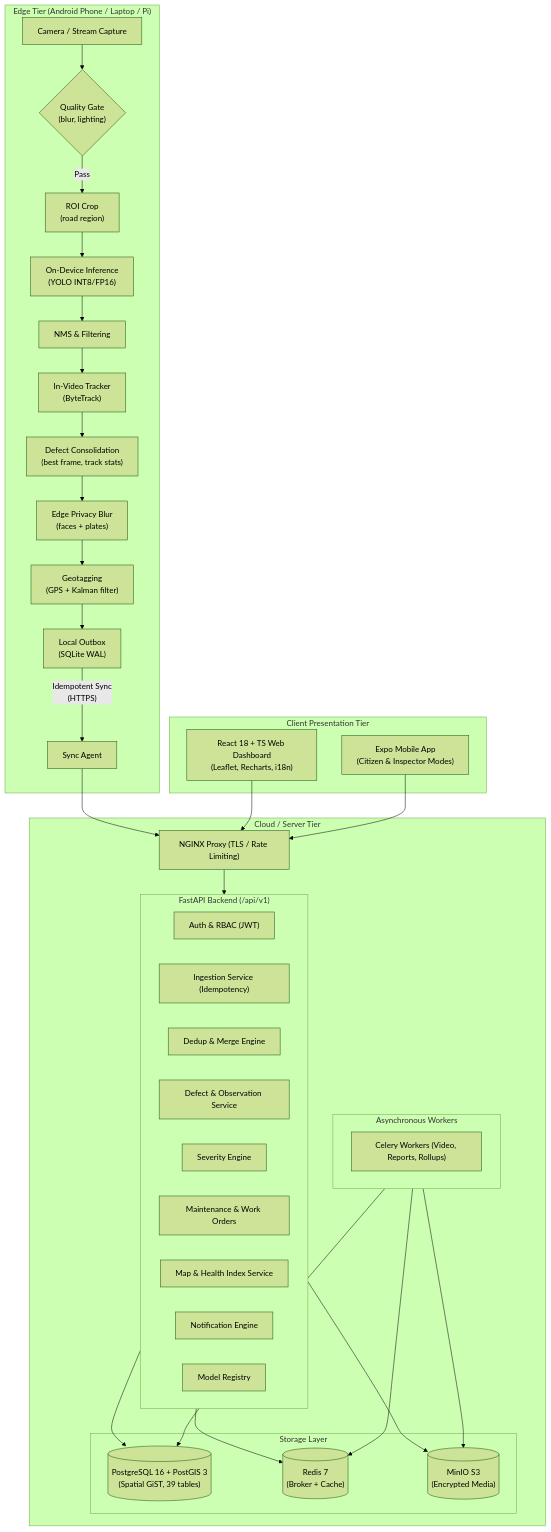
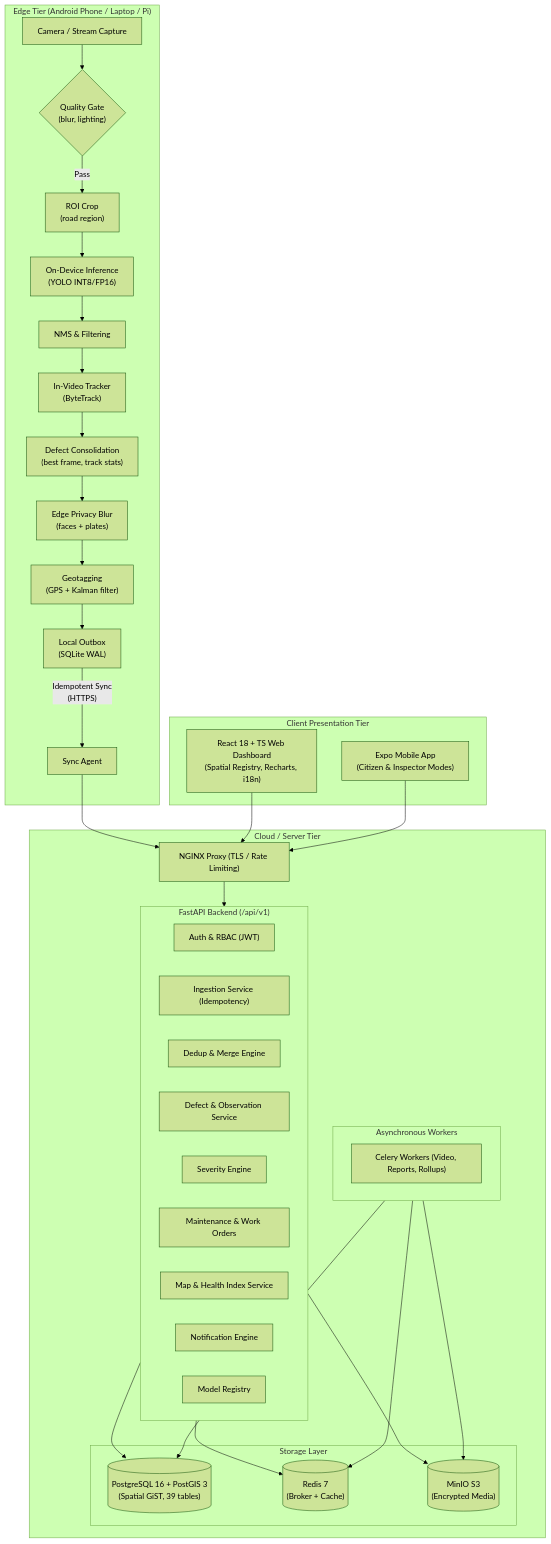
Before and after one commit to Priya-Ranjan-0201/potholes: the diagram in docs/ARCHITECTURE.md, drawn with Mermaid (forest theme). The commit also changed other lines of this file and 44 other files, not shown here.

````diff
--- a/docs/ARCHITECTURE.md
+++ b/docs/ARCHITECTURE.md
@@ -20,57 +20,57 @@
 ```mermaid
 flowchart TD
     subgraph EdgeDevices["Edge Tier (Android Phone / Laptop / Pi)"]
         CAP["Camera / Stream Capture"] --> QG{"Quality Gate\n(blur, lighting)"}
         QG -->|Pass| ROI["ROI Crop\n(road region)"]
         ROI --> INF["On-Device Inference\n(YOLO INT8/FP16)"]
         INF --> NMS["NMS & Filtering"]
         NMS --> TRACK["In-Video Tracker\n(ByteTrack)"]
         TRACK --> CONSOL["Defect Consolidation\n(best frame, track stats)"]
         CONSOL --> PRIV["Edge Privacy Blur\n(faces + plates)"]
         PRIV --> TAG["Geotagging\n(GPS + Kalman filter)"]
         TAG --> OUTBOX["Local Outbox\n(SQLite WAL)"]
         OUTBOX -->|"Idempotent Sync\n(HTTPS)"| SYNC["Sync Agent"]
     end
 
     subgraph BackendTier["Cloud / Server Tier"]
         LB["NGINX Proxy (TLS / Rate Limiting)"]
         
         subgraph FastAPIApp["FastAPI Backend (/api/v1)"]
             AUTH["Auth & RBAC (JWT)"]
             INGEST["Ingestion Service (Idempotency)"]
             DEDUP["Dedup & Merge Engine"]
             DEFECTS["Defect & Observation Service"]
             SEV["Severity Engine"]
             MAINT["Maintenance & Work Orders"]
             MAP_SVC["Map & Health Index Service"]
             NOTIF["Notification Engine"]
             MODELS["Model Registry"]
         end
 
         subgraph CeleryAsync["Asynchronous Workers"]
             WORKER["Celery Workers (Video, Reports, Rollups)"]
         end
 
         subgraph Persistence["Storage Layer"]
             PG[("PostgreSQL 16 + PostGIS 3\n(Spatial GiST, 39 tables)")]
             REDIS[("Redis 7\n(Broker + Cache)")]
             MINIO[("MinIO S3\n(Encrypted Media)")]
         end
     end
 
     subgraph ClientsTier["Client Presentation Tier"]
-        WEB["React 18 + TS Web Dashboard\n(Leaflet, Recharts, i18n)"]
+        WEB["React 18 + TS Web Dashboard\n(Spatial Registry, Recharts, i18n)"]
         MOBILE["Expo Mobile App\n(Citizen & Inspector Modes)"]
     end
 
     SYNC --> LB
     LB --> FastAPIApp
     FastAPIApp --> PG
     FastAPIApp --> REDIS
     FastAPIApp --> MINIO
     CeleryAsync --> REDIS
     CeleryAsync --> PG
     CeleryAsync --> MINIO
     WEB --> LB
     MOBILE --> LB
 ```
````
